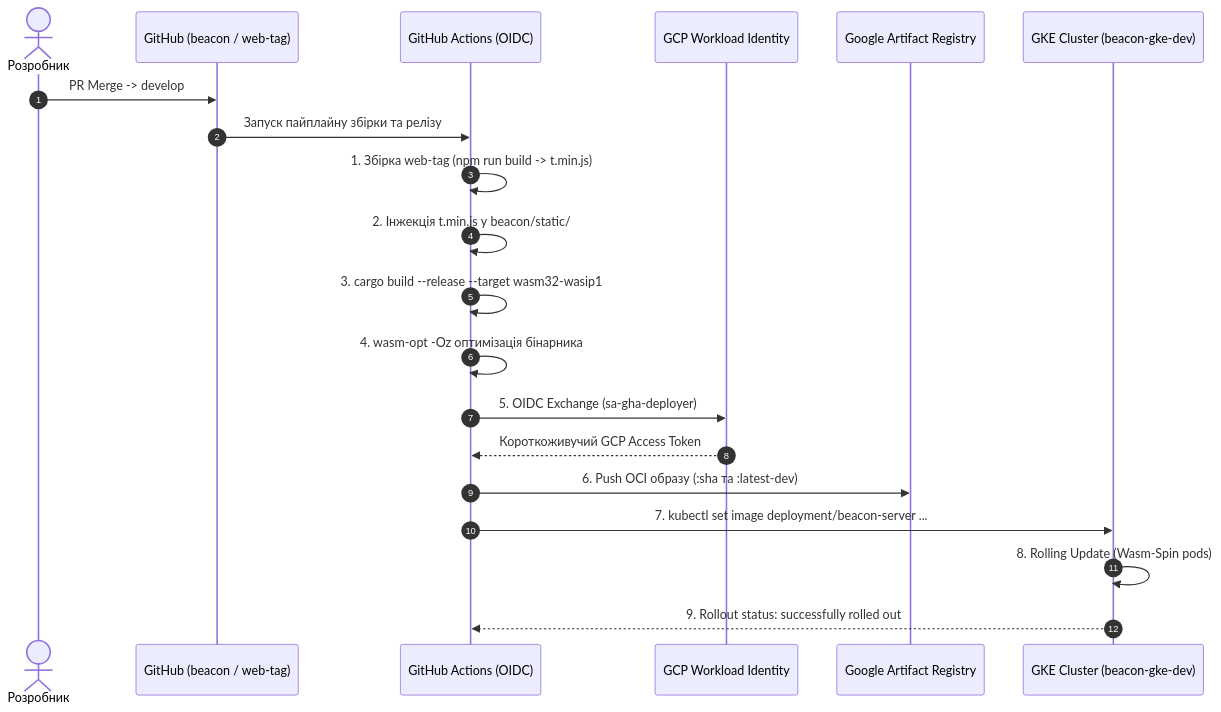
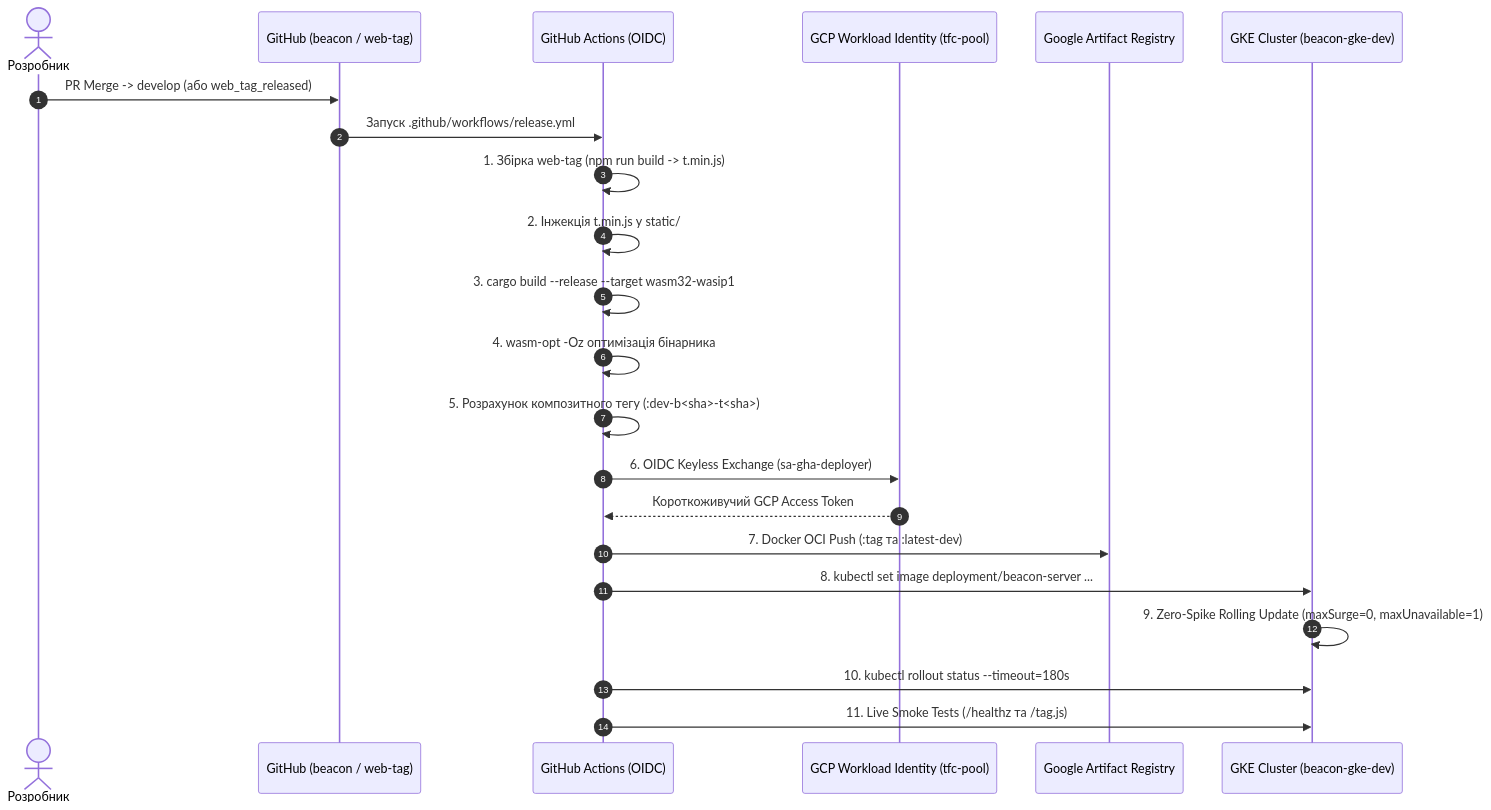
The third of 3 diagrams in manifesto.md (wiliest0r/docs), drawn with Mermaid before and after one commit. The commit also changed other lines of this file, not shown here.

Commit message:
docs(manifesto): update SSOT with 2D composite tagging, GKE spot compute, WIF OIDC & GitOps

````diff
--- a/manifesto.md
+++ b/manifesto.md
@@ -132,23 +166,25 @@
 ```mermaid
 sequenceDiagram
     autonumber
     actor Dev as Розробник
     participant Git as GitHub (beacon / web-tag)
     participant GHA as GitHub Actions (OIDC)
-    participant WIF as GCP Workload Identity
+    participant WIF as GCP Workload Identity (tfc-pool)
     participant GAR as Google Artifact Registry
     participant GKE as GKE Cluster (beacon-gke-dev)
 
-    Dev->>Git: PR Merge -> develop
-    Git->>GHA: Запуск пайплайну збірки та релізу
+    Dev->>Git: PR Merge -> develop (або web_tag_released)
+    Git->>GHA: Запуск .github/workflows/release.yml
     GHA->>GHA: 1. Збірка web-tag (npm run build -> t.min.js)
-    GHA->>GHA: 2. Інжекція t.min.js у beacon/static/
+    GHA->>GHA: 2. Інжекція t.min.js у static/
     GHA->>GHA: 3. cargo build --release --target wasm32-wasip1
     GHA->>GHA: 4. wasm-opt -Oz оптимізація бінарника
-    GHA->>WIF: 5. OIDC Exchange (sa-gha-deployer)
+    GHA->>GHA: 5. Розрахунок композитного тегу (:dev-b<sha>-t<sha>)
+    GHA->>WIF: 6. OIDC Keyless Exchange (sa-gha-deployer)
     WIF-->>GHA: Короткоживучий GCP Access Token
-    GHA->>GAR: 6. Push OCI образу (:sha та :latest-dev)
-    GHA->>GKE: 7. kubectl set image deployment/beacon-server ...
-    GKE->>GKE: 8. Rolling Update (Wasm-Spin pods)
-    GKE-->>GHA: 9. Rollout status: successfully rolled out
+    GHA->>GAR: 7. Docker OCI Push (:tag та :latest-dev)
+    GHA->>GKE: 8. kubectl set image deployment/beacon-server ...
+    GKE->>GKE: 9. Zero-Spike Rolling Update (maxSurge=0, maxUnavailable=1)
+    GHA->>GKE: 10. kubectl rollout status --timeout=180s
+    GHA->>GKE: 11. Live Smoke Tests (/healthz та /tag.js)
 ```
````
